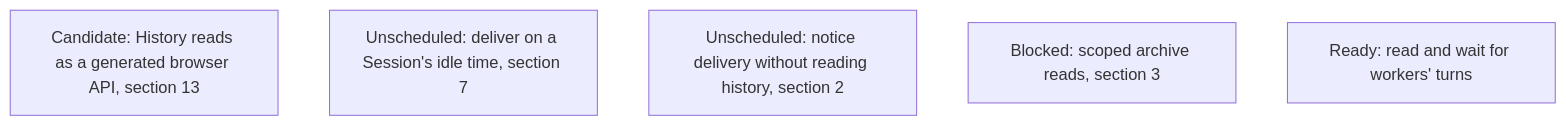
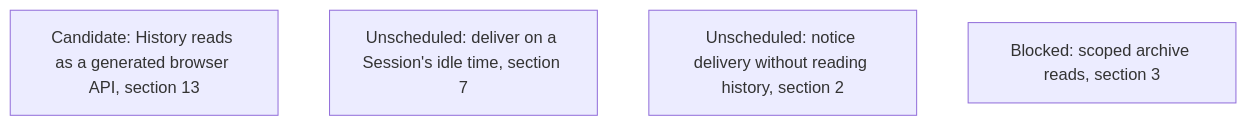
One commit to agentydragon-agent/ducktape changed diagram 15 of 19 in agentplane/plans/task_dag.md. Above: the diagram before and after it, drawn with Mermaid. The commit also changed other lines of this file and 18 other files, not shown here.

Commit message:
Orchestration: read and wait for worker turns through History

````diff
--- a/agentplane/plans/task_dag.md
+++ b/agentplane/plans/task_dag.md
@@ -1466,8 +1460,7 @@
 ```mermaid
 flowchart TD
     HISTORY_READS_FACADE[Candidate: History reads as a generated browser API, section 13]
     SESSION_ACTIVITY_STREAM[Unscheduled: deliver on a Session's idle time, section 7]
     NOTIFICATION_COMMAND_OUTCOME_DESIGN[Unscheduled: notice delivery without reading history, section 2]
     THREAD_READ_POLICY[Blocked: scoped archive reads, section 3]
-    ORCHESTRATION_V1_TURN_READS[Ready: read and wait for workers' turns]
 ```
````
